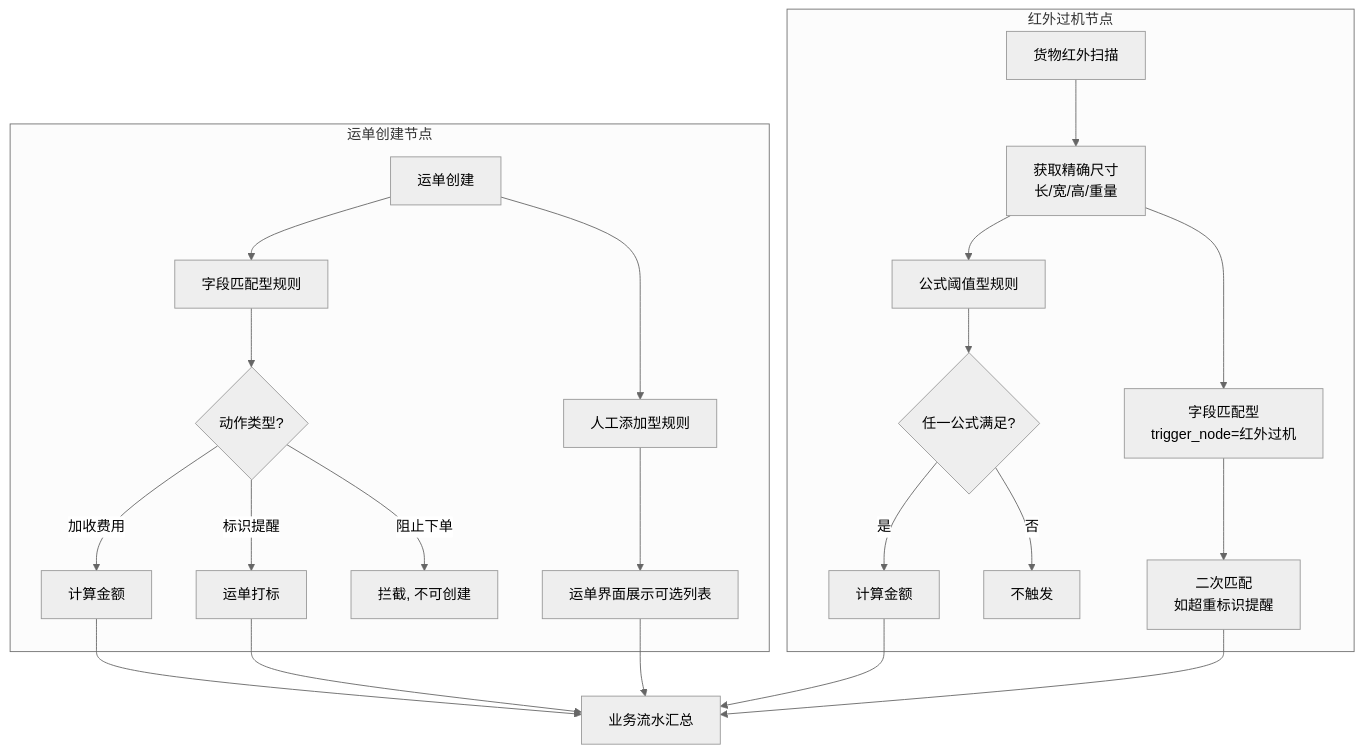
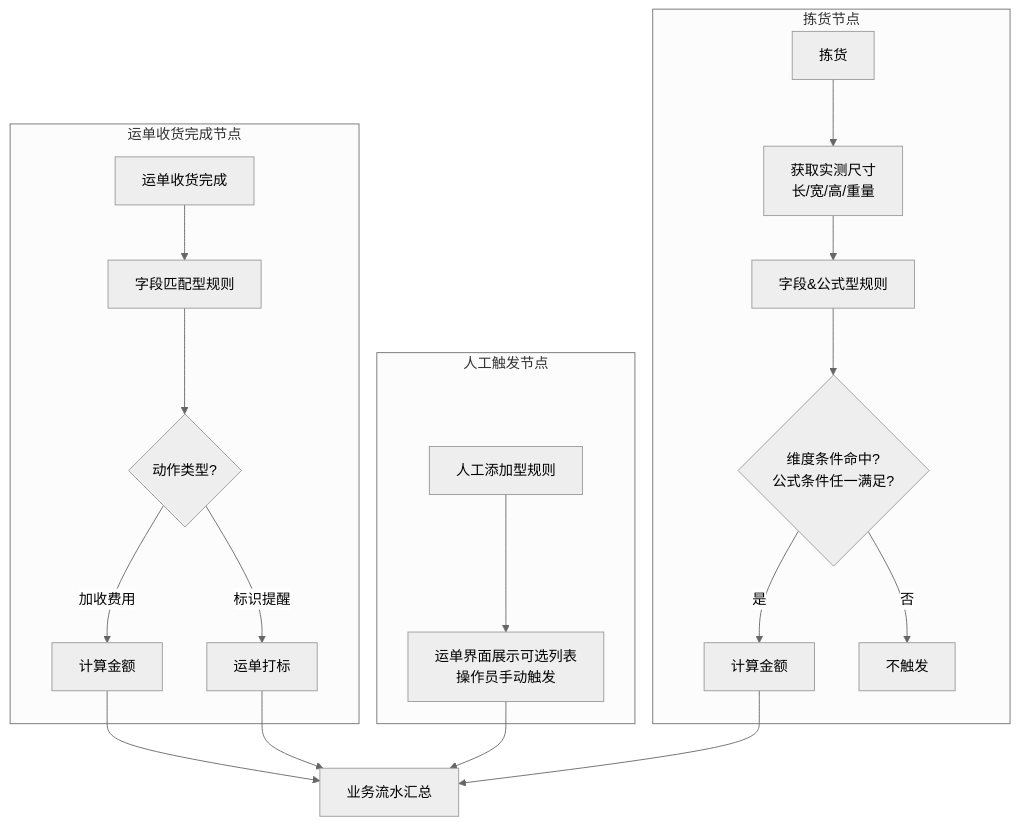
The sixth of 6 diagrams in 0-产品经理使用IDE/drafts/超级运价/2026-09-11-数据设计.md (zhangwen960722/luna-daily), drawn with Mermaid (neutral theme) before and after one commit. The commit also changed other lines of this file and 15 other files, not shown here.

````diff
--- a/0-产品经理使用IDE/drafts/超级运价/2026-09-11-数据设计.md
+++ b/0-产品经理使用IDE/drafts/超级运价/2026-09-11-数据设计.md
@@ -982,28 +991,26 @@
 ```mermaid
 flowchart TD
-    subgraph 运单创建节点
-        A[运单创建] --> B[字段匹配型规则]
+    subgraph 运单收货完成节点
+        A[运单收货完成] --> B[字段匹配型规则]
         B --> C{动作类型?}
         C -->|加收费用| D[计算金额]
         C -->|标识提醒| E[运单打标]
-        C -->|阻止下单| F[拦截, 不可创建]
-        A --> G[人工添加型规则]
-        G --> H[运单界面展示可选列表]
     end
 
-    subgraph 红外过机节点
-        I[货物红外扫描] --> J[获取精确尺寸<br>长/宽/高/重量]
-        J --> K[公式阈值型规则]
-        K --> L{任一公式满足?}
+    subgraph 拣货节点
+        I[拣货] --> J[获取实测尺寸<br>长/宽/高/重量]
+        J --> K[字段&公式型规则]
+        K --> L{维度条件命中?<br>公式条件任一满足?}
         L -->|是| M[计算金额]
         L -->|否| N[不触发]
-        J --> O[字段匹配型<br>trigger_node=红外过机]
-        O --> P[二次匹配<br>如超重标识提醒]
+    end
+
+    subgraph 人工触发节点
+        G[人工添加型规则] --> H[运单界面展示可选列表<br>操作员手动触发]
     end
 
     D --> Q[业务流水汇总]
     E --> Q
     H --> Q
     M --> Q
-    P --> Q
 ```
````
